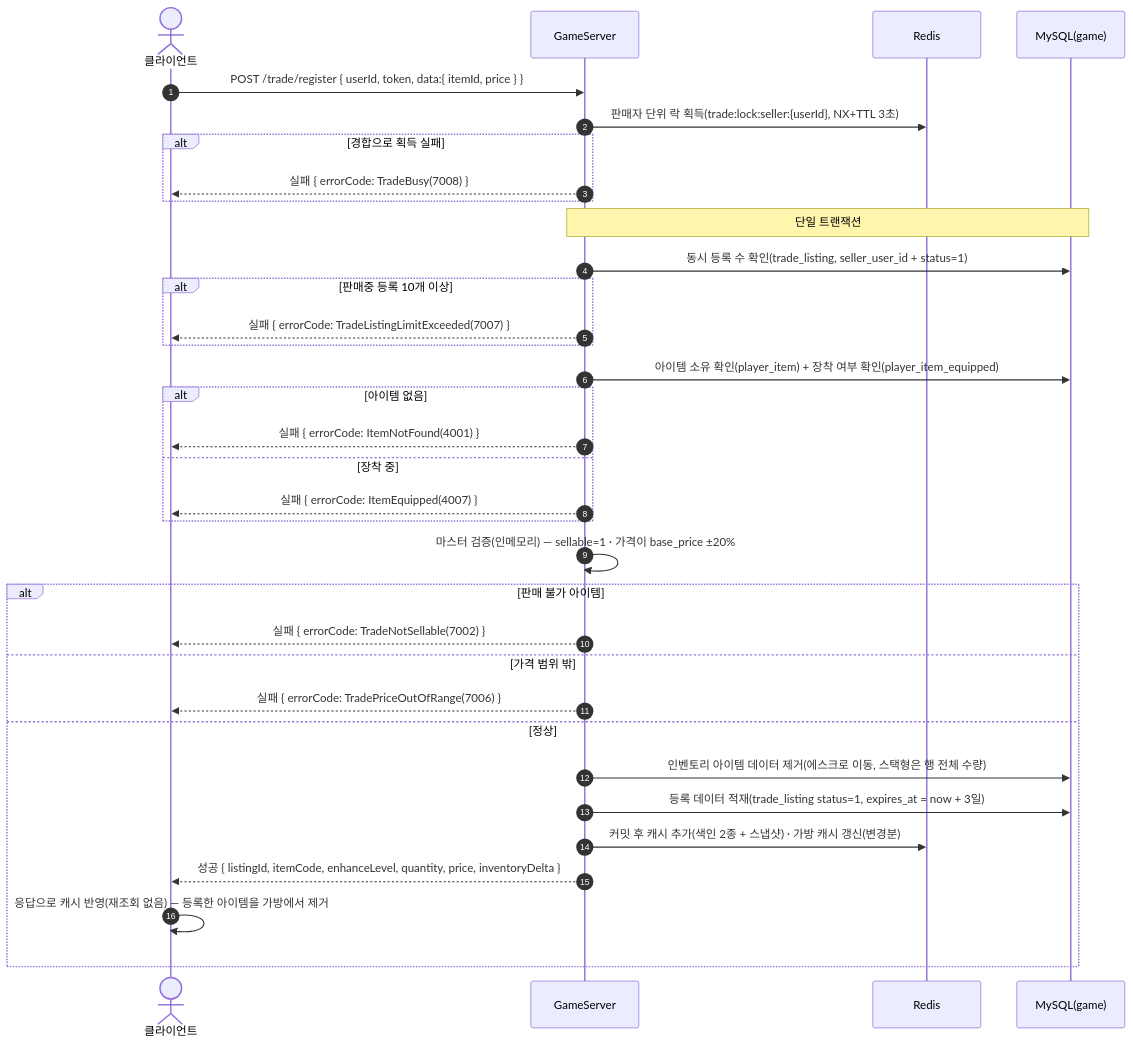
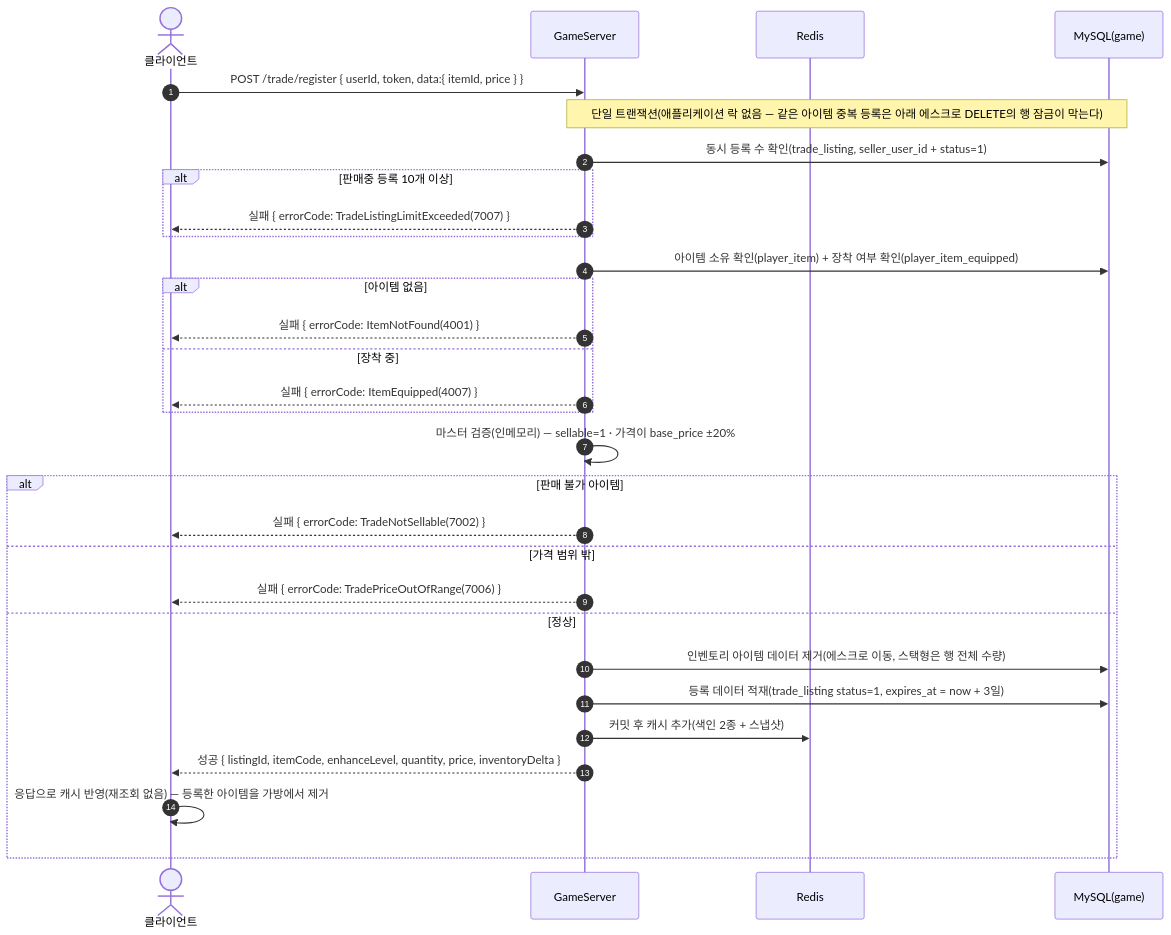
One commit to ks-wook/com2us-taskbar-hero changed diagram 26 of 38 in SequenceDiagram/README.md. Above: the diagram before and after it, drawn with Mermaid. The commit also changed other lines of this file and 17 other files, not shown here.

````diff
--- a/SequenceDiagram/README.md
+++ b/SequenceDiagram/README.md
@@ -833,37 +810,33 @@
 ```mermaid
 sequenceDiagram
     autonumber
     actor C as 클라이언트
     participant S as GameServer
     participant R as Redis
     participant DB as MySQL(game)
 
     C->>S: POST /trade/register { userId, token, data:{ itemId, price } }
-    S->>R: 판매자 단위 락 획득(trade:lock:seller:{userId}, NX+TTL 3초)
-    alt 경합으로 획득 실패
-        S-->>C: 실패 { errorCode: TradeBusy(7008) }
-    end
-    Note over S,DB: 단일 트랜잭션
+    Note over S,DB: 단일 트랜잭션(애플리케이션 락 없음 — 같은 아이템 중복 등록은 아래 에스크로 DELETE의 행 잠금이 막는다)
     S->>DB: 동시 등록 수 확인(trade_listing, seller_user_id + status=1)
     alt 판매중 등록 10개 이상
         S-->>C: 실패 { errorCode: TradeListingLimitExceeded(7007) }
     end
     S->>DB: 아이템 소유 확인(player_item) + 장착 여부 확인(player_item_equipped)
     alt 아이템 없음
         S-->>C: 실패 { errorCode: ItemNotFound(4001) }
     else 장착 중
         S-->>C: 실패 { errorCode: ItemEquipped(4007) }
     end
     S->>S: 마스터 검증(인메모리) — sellable=1 · 가격이 base_price ±20%
     alt 판매 불가 아이템
         S-->>C: 실패 { errorCode: TradeNotSellable(7002) }
     else 가격 범위 밖
         S-->>C: 실패 { errorCode: TradePriceOutOfRange(7006) }
     else 정상
         S->>DB: 인벤토리 아이템 데이터 제거(에스크로 이동, 스택형은 행 전체 수량)
         S->>DB: 등록 데이터 적재(trade_listing status=1, expires_at = now + 3일)
-        S->>R: 커밋 후 캐시 추가(색인 2종 + 스냅샷) · 가방 캐시 갱신(변경분)
+        S->>R: 커밋 후 캐시 추가(색인 2종 + 스냅샷)
         S-->>C: 성공 { listingId, itemCode, enhanceLevel, quantity, price, inventoryDelta }
         C->>C: 응답으로 캐시 반영(재조회 없음) — 등록한 아이템을 가방에서 제거
     end
 ```
````
